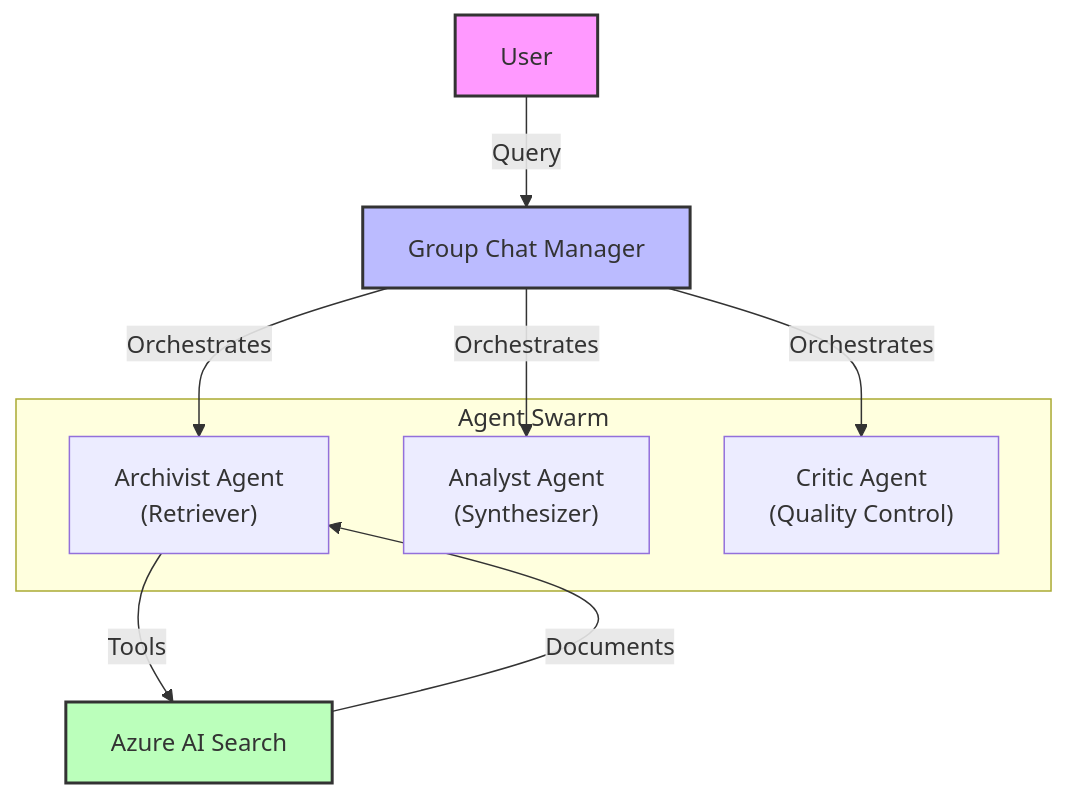
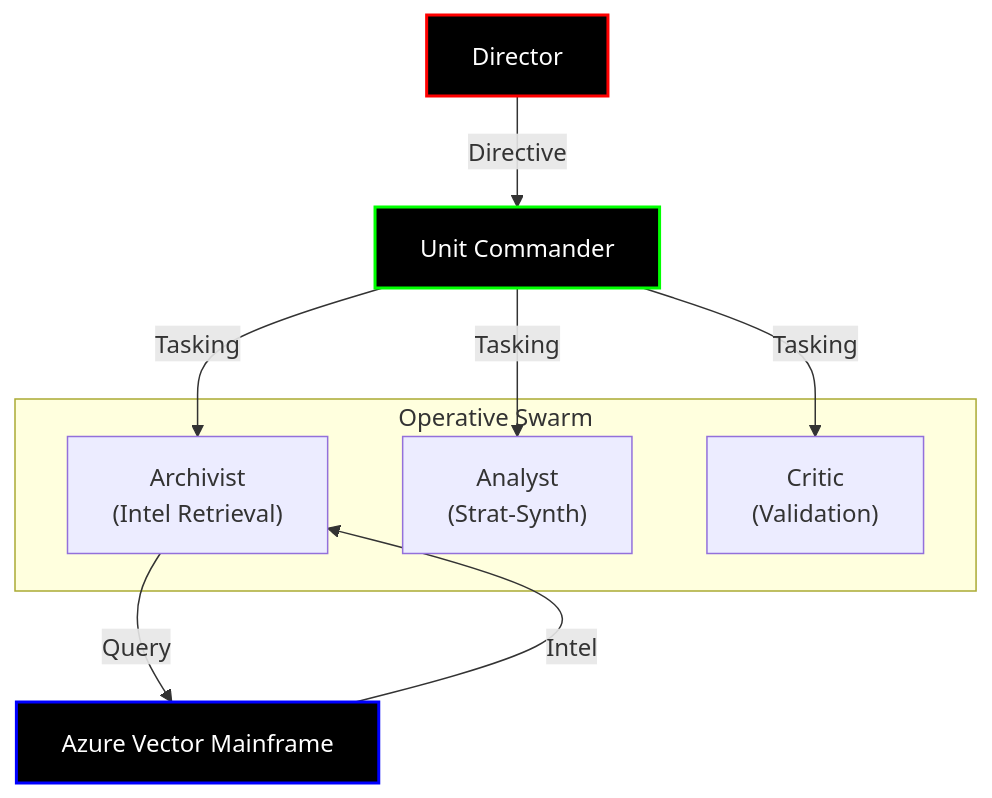
The diagram in README.md (sundar-paul/azure-agentic-rag-foundry), drawn with Mermaid before and after one commit. The commit also changed other lines of this file, not shown here.

Commit message:
Move hero image to src and remove license

````diff
--- a/README.md
+++ b/README.md
@@ -16,20 +15,20 @@
 ```mermaid
 graph TD
-    User[User] -->|Query| Manager[Group Chat Manager]
-    Manager -->|Orchestrates| Archivist
-    Manager -->|Orchestrates| Analyst
-    Manager -->|Orchestrates| Critic
+    User[Director] -->|Directive| Manager[Unit Commander]
+    Manager -->|Tasking| Archivist
+    Manager -->|Tasking| Analyst
+    Manager -->|Tasking| Critic
     
-    subgraph "Agent Swarm"
-    Archivist["Archivist Agent<br/>(Retriever)"]
-    Analyst["Analyst Agent<br/>(Synthesizer)"]
-    Critic["Critic Agent<br/>(Quality Control)"]
+    subgraph "Operative Swarm"
+    Archivist["Archivist<br/>(Intel Retrieval)"]
+    Analyst["Analyst<br/>(Strat-Synth)"]
+    Critic["Critic<br/>(Validation)"]
     end
     
-    Archivist -->|Tools| AISearch[Azure AI Search]
-    AISearch -->|Documents| Archivist
+    Archivist -->|Query| AISearch[Azure Vector Mainframe]
+    AISearch -->|Intel| Archivist
     
-    style User fill:#f9f,stroke:#333,stroke-width:2px
-    style Manager fill:#bbf,stroke:#333,stroke-width:2px
-    style AISearch fill:#bfb,stroke:#333,stroke-width:2px
+    style User fill:#000,stroke:#f00,stroke-width:2px,color:#fff
+    style Manager fill:#000,stroke:#0f0,stroke-width:2px,color:#fff
+    style AISearch fill:#000,stroke:#00f,stroke-width:2px,color:#fff
 ```
````
